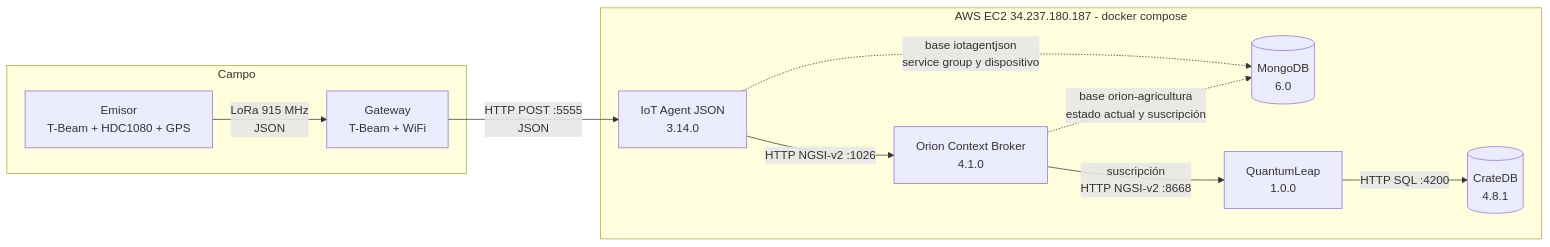
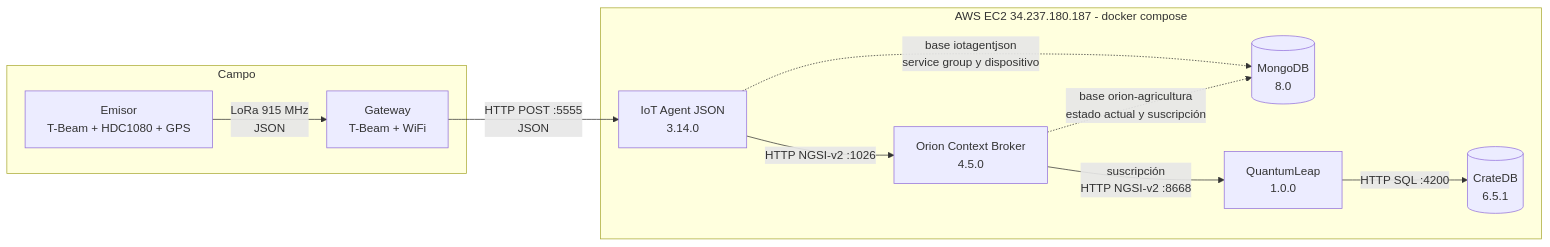
One commit to nickmen1201/proyecto_final_iot changed the diagram in nube/README.md. Above: the diagram before and after it, drawn with Mermaid. The commit also changed other lines of this file and 3 other files, not shown here.

````diff
--- a/nube/README.md
+++ b/nube/README.md
@@ -24,21 +29,21 @@
 ```mermaid
 flowchart LR
     subgraph Campo
         E["Emisor<br/>T-Beam + HDC1080 + GPS"]
         G["Gateway<br/>T-Beam + WiFi"]
     end
     subgraph EC2["AWS EC2 34.237.180.187 - docker compose"]
         IOTA["IoT Agent JSON<br/>3.14.0"]
-        ORION["Orion Context Broker<br/>4.1.0"]
-        MONGO[("MongoDB<br/>6.0")]
+        ORION["Orion Context Broker<br/>4.5.0"]
+        MONGO[("MongoDB<br/>8.0")]
         QL["QuantumLeap<br/>1.0.0"]
-        CRATE[("CrateDB<br/>4.8.1")]
+        CRATE[("CrateDB<br/>6.5.1")]
     end
     E -- "LoRa 915 MHz<br/>JSON" --> G
     G -- "HTTP POST :5555<br/>JSON" --> IOTA
     IOTA -- "HTTP NGSI-v2 :1026" --> ORION
     IOTA -. "base iotagentjson<br/>service group y dispositivo" .-> MONGO
     ORION -. "base orion-agricultura<br/>estado actual y suscripción" .-> MONGO
     ORION -- "suscripción<br/>HTTP NGSI-v2 :8668" --> QL
     QL -- "HTTP SQL :4200" --> CRATE
 ```
````
